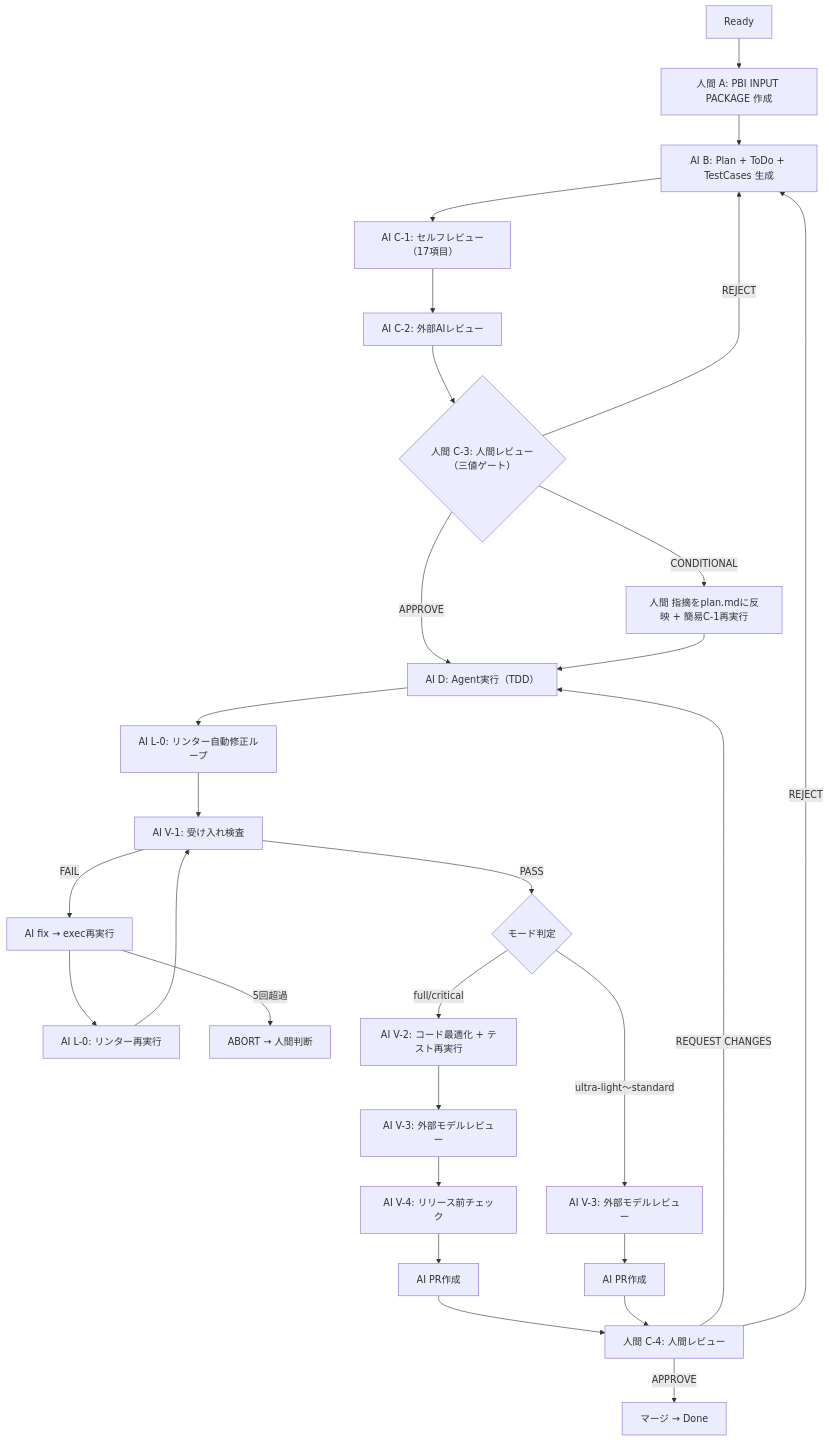
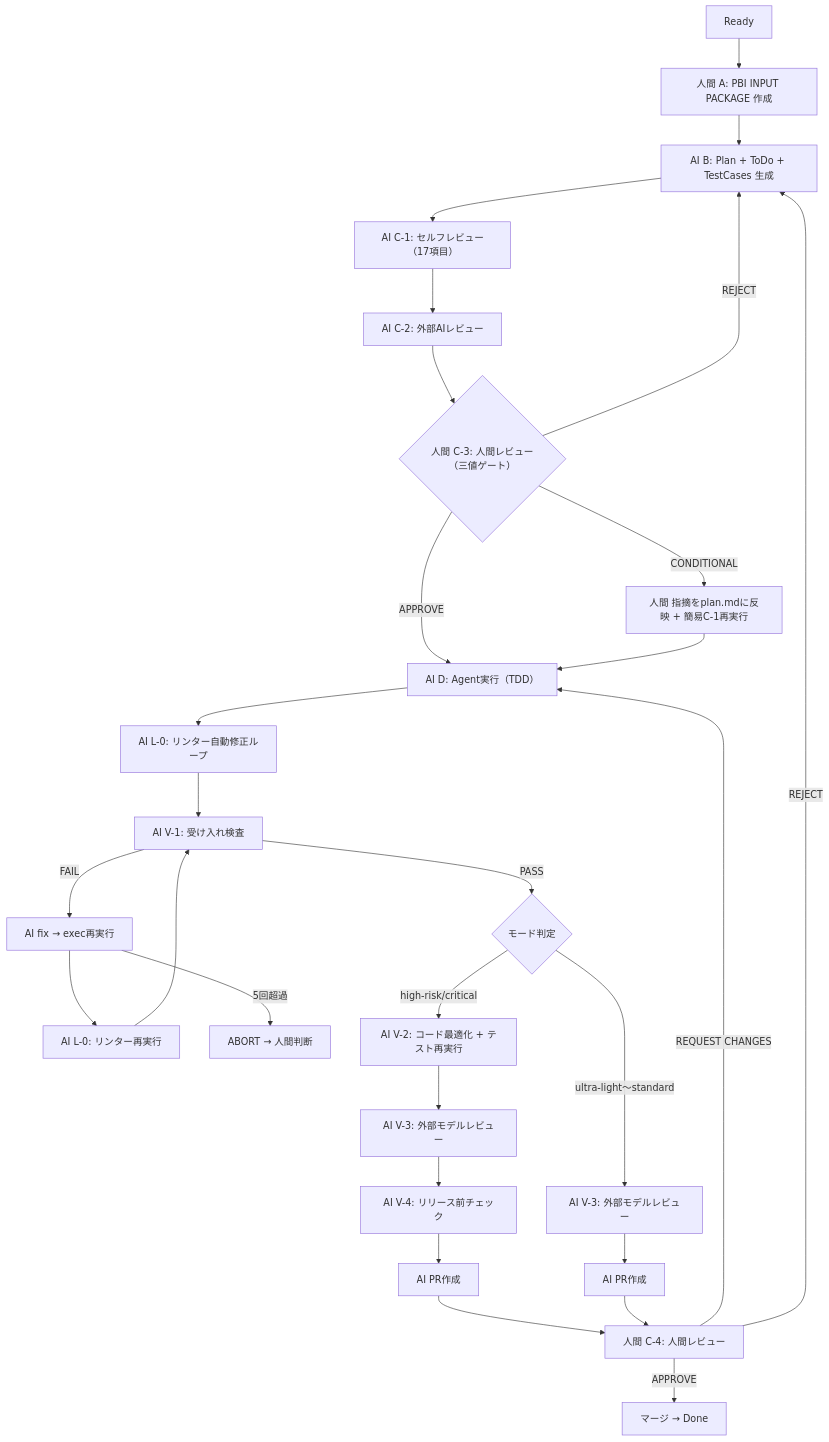
The diagram in docs/plangate.md (s977043/PlanGate), drawn with Mermaid before and after one commit. The commit also changed other lines of this file and 5 other files, not shown here.

First line of the commit message:
docs: full → high-risk 命名統一・plugin manifest v0.5.0・skill 一覧更新 (#70)

````diff
--- a/docs/plangate.md
+++ b/docs/plangate.md
@@ -41,30 +41,30 @@
 ```mermaid
 graph TD
     Start["Ready"] --> A["人間 A: PBI INPUT PACKAGE 作成"]
     A --> B["AI B: Plan + ToDo + TestCases 生成"]
     B --> C1["AI C-1: セルフレビュー（17項目）"]
     C1 --> C2["AI C-2: 外部AIレビュー"]
     C2 --> C3{"人間 C-3: 人間レビュー（三値ゲート）"}
     C3 -->|"APPROVE"| D["AI D: Agent実行（TDD）"]
     C3 -->|"CONDITIONAL"| Fix["人間 指摘をplan.mdに反映 + 簡易C-1再実行"]
     Fix --> D
     C3 -->|"REJECT"| B
     D --> L0["AI L-0: リンター自動修正ループ"]
     L0 --> V1["AI V-1: 受け入れ検査"]
     V1 -->|"PASS"| Mode{"モード判定"}
     V1 -->|"FAIL"| FixLoop["AI fix → exec再実行"]
     FixLoop --> L0re["AI L-0: リンター再実行"]
     L0re --> V1
     FixLoop -->|"5回超過"| Abort["ABORT → 人間判断"]
-    Mode -->|"full/critical"| V2["AI V-2: コード最適化 + テスト再実行"]
+    Mode -->|"high-risk/critical"| V2["AI V-2: コード最適化 + テスト再実行"]
     Mode -->|"ultra-light〜standard"| V3L["AI V-3: 外部モデルレビュー"]
     V2 --> V3["AI V-3: 外部モデルレビュー"]
     V3 --> V4["AI V-4: リリース前チェック"]
     V4 --> PR["AI PR作成"]
     V3L --> PRL["AI PR作成"]
     PR --> C4["人間 C-4: 人間レビュー"]
     PRL --> C4
     C4 -->|"APPROVE"| Merge["マージ → Done"]
     C4 -->|"REQUEST CHANGES"| D
     C4 -->|"REJECT"| B
 ```
````
